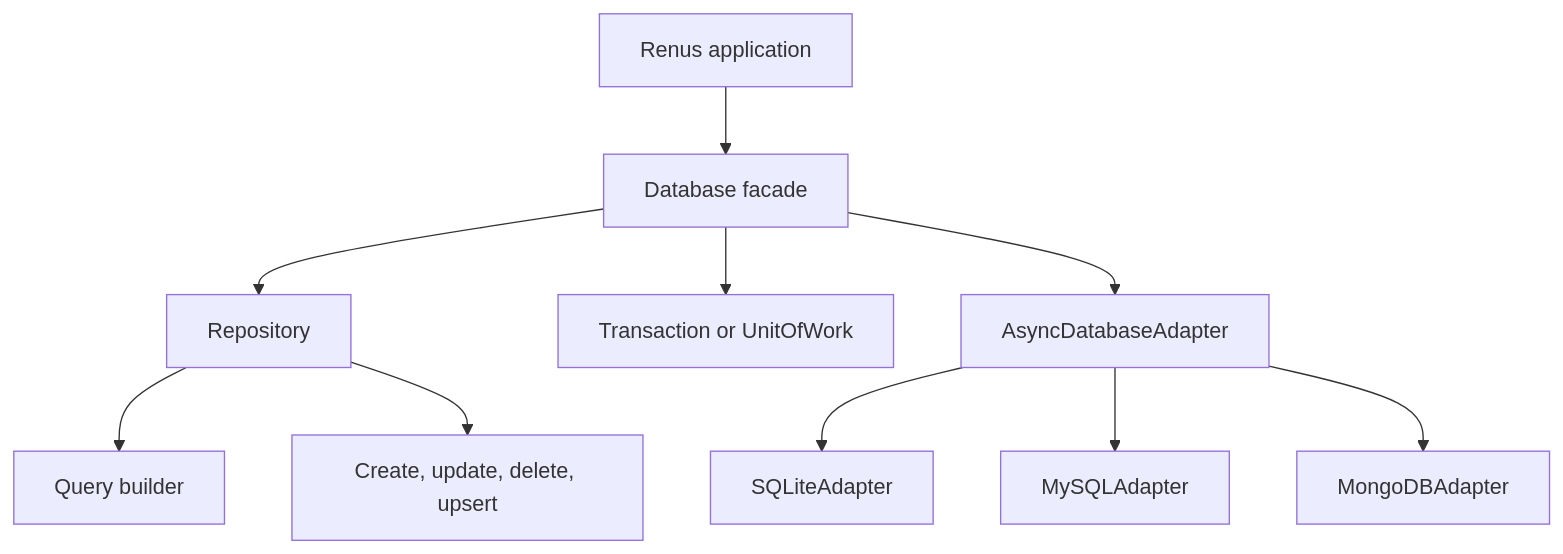
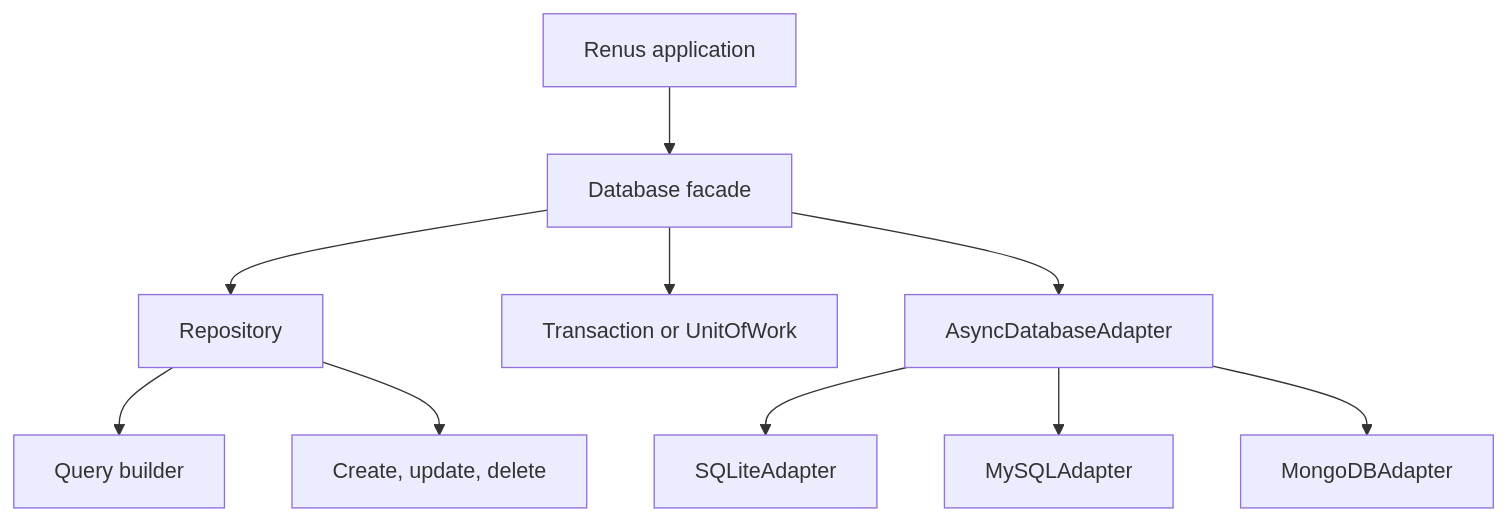
Before and after one commit to kak-smko/renus: the diagram in docs/database/overview.md, drawn with Mermaid. The commit also changed other lines of this file and 24 other files, not shown here.

````diff
--- a/docs/database/overview.md
+++ b/docs/database/overview.md
@@ -8,12 +8,12 @@
 ```mermaid
 flowchart TD
     App[Renus application] --> DB[Database facade]
     DB --> Repo[Repository<Model>]
     Repo --> Query[Query builder]
-    Repo --> Mutation[Create, update, delete, upsert]
+    Repo --> Mutation[Create, update, delete]
     DB --> Tx[Transaction or UnitOfWork]
     DB --> Adapter[AsyncDatabaseAdapter]
     Adapter --> SQLite[SQLiteAdapter]
     Adapter --> MySQL[MySQLAdapter]
     Adapter --> Mongo[MongoDBAdapter]
 ```
````
